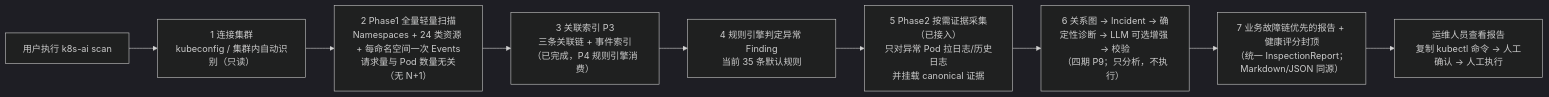
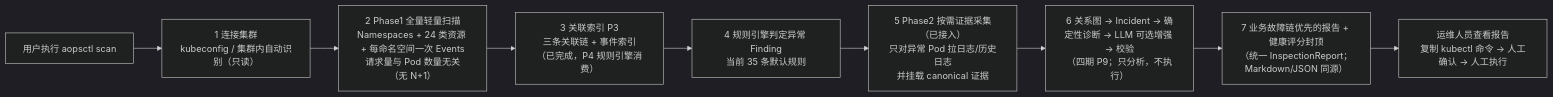
One commit to markguo123/k8s-ai changed the diagram in docs/05-使用与操作手册/01-技术指导手册.md. Above: the diagram before and after it, drawn with Mermaid (dark theme). The commit also changed other lines of this file and 204 other files, not shown here.

````diff
--- a/docs/05-使用与操作手册/01-技术指导手册.md
+++ b/docs/05-使用与操作手册/01-技术指导手册.md
@@ -198,11 +198,11 @@
 ```mermaid
 flowchart LR
-    A["用户执行 k8s-ai scan"] --> B["1 连接集群<br/>kubeconfig / 集群内自动识别（只读）"]
+    A["用户执行 aopsctl scan"] --> B["1 连接集群<br/>kubeconfig / 集群内自动识别（只读）"]
     B --> C["2 Phase1 全量轻量扫描<br/>Namespaces + 24 类资源 + 每命名空间一次 Events<br/>请求量与 Pod 数量无关（无 N+1）"]
     C --> D["3 关联索引 P3<br/>三条关联链 + 事件索引<br/>（已完成，P4 规则引擎消费）"]
     D --> E["4 规则引擎判定异常 Finding<br/>当前 35 条默认规则"]
     E --> F["5 Phase2 按需证据采集（已接入）<br/>只对异常 Pod 拉日志/历史日志<br/>并挂载 canonical 证据"]
     F --> G["6 关系图 → Incident → 确定性诊断 → LLM 可选增强 → 校验<br/>（四期 P9；只分析，不执行）"]
     G --> H["7 业务故障链优先的报告 + 健康评分封顶<br/>（统一 InspectionReport；Markdown/JSON 同源）"]
     H --> I["运维人员查看报告<br/>复制 kubectl 命令 → 人工确认 → 人工执行"]
 ```
````
